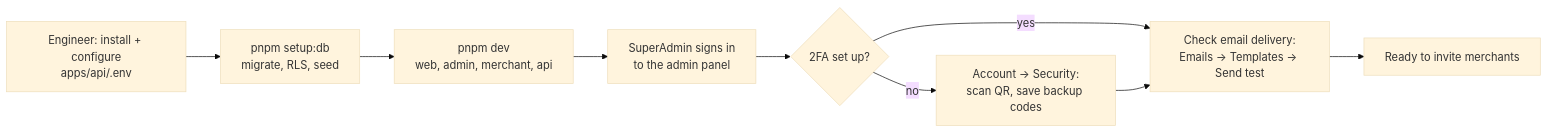
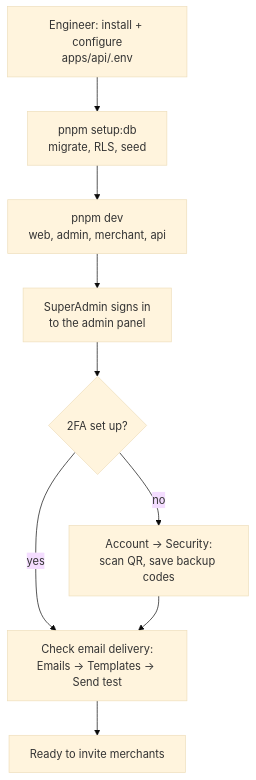
The diagram in docs/user-guide/01-platform-setup.md (patelzz007/nestjs-nextjs-turborepo-starter-kit), drawn with Mermaid (base theme) before and after one commit. The commit also changed other lines of this file and 7555 other files, not shown here.

````diff
--- a/docs/user-guide/01-platform-setup.md
+++ b/docs/user-guide/01-platform-setup.md
@@ -15,11 +18,11 @@
 ```mermaid
-flowchart LR
+flowchart TD
     A[Engineer: install + configure<br/>apps/api/.env] --> B[pnpm setup:db<br/>migrate, RLS, seed]
     B --> C[pnpm dev<br/>web, admin, merchant, api]
     C --> D[SuperAdmin signs in<br/>to the admin panel]
     D --> E{2FA set up?}
     E -- no --> F[Account → Security:<br/>scan QR, save backup codes]
     E -- yes --> G[Check email delivery:<br/>Emails → Templates → Send test]
     F --> G
     G --> H[Ready to invite merchants]
 ```
````
